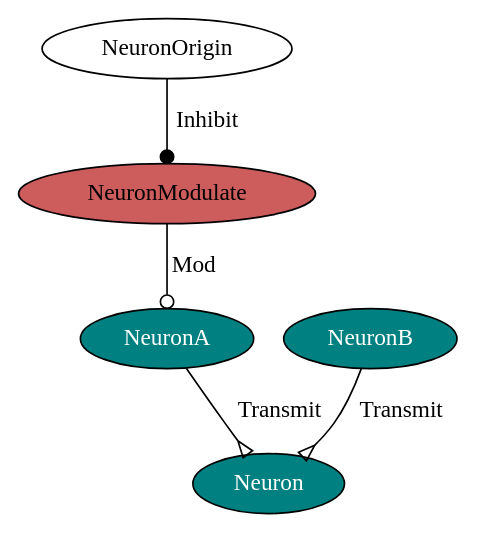
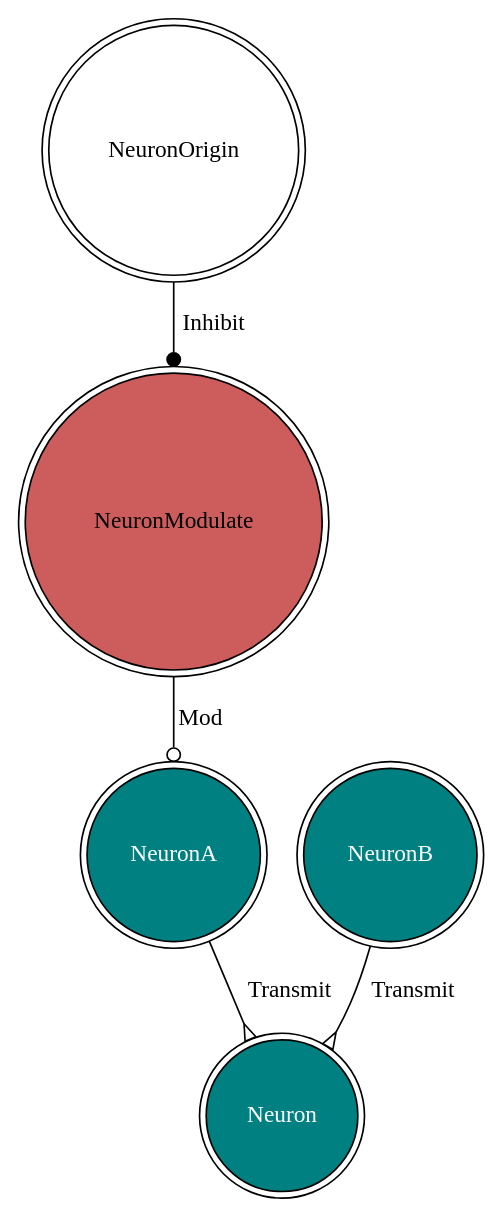
The diagram in BigNet.gv (williamnourse/SNS-Toolbox), drawn with Graphviz before and after one commit. The commit also changed 18 other files, not shown here.

```diff
--- a/BigNet.gv
+++ b/BigNet.gv
@@ -1,11 +1,11 @@
 digraph {
-	0 [label=NeuronOrigin fillcolor=white fontcolor=black style=filled]
-	1 [label=NeuronModulate fillcolor=indianred fontcolor=black style=filled]
-	2 [label=NeuronA fillcolor=teal fontcolor=white style=filled]
-	3 [label=NeuronB fillcolor=teal fontcolor=white style=filled]
-	4 [label=Neuron fillcolor=teal fontcolor=white style=filled]
+	0 [label=NeuronOrigin fillcolor=white fontcolor=black shape=doublecircle style=filled]
+	1 [label=NeuronModulate fillcolor=indianred fontcolor=black shape=doublecircle style=filled]
+	2 [label=NeuronA fillcolor=teal fontcolor=white shape=doublecircle style=filled]
+	3 [label=NeuronB fillcolor=teal fontcolor=white shape=doublecircle style=filled]
+	4 [label=Neuron fillcolor=teal fontcolor=white shape=doublecircle style=filled]
 	2 -> 4 [label=Transmit arrowhead=invempty]
 	3 -> 4 [label=Transmit arrowhead=invempty]
 	0 -> 1 [label=Inhibit arrowhead=dot]
 	1 -> 2 [label=Mod arrowhead=odot]
 }
```
